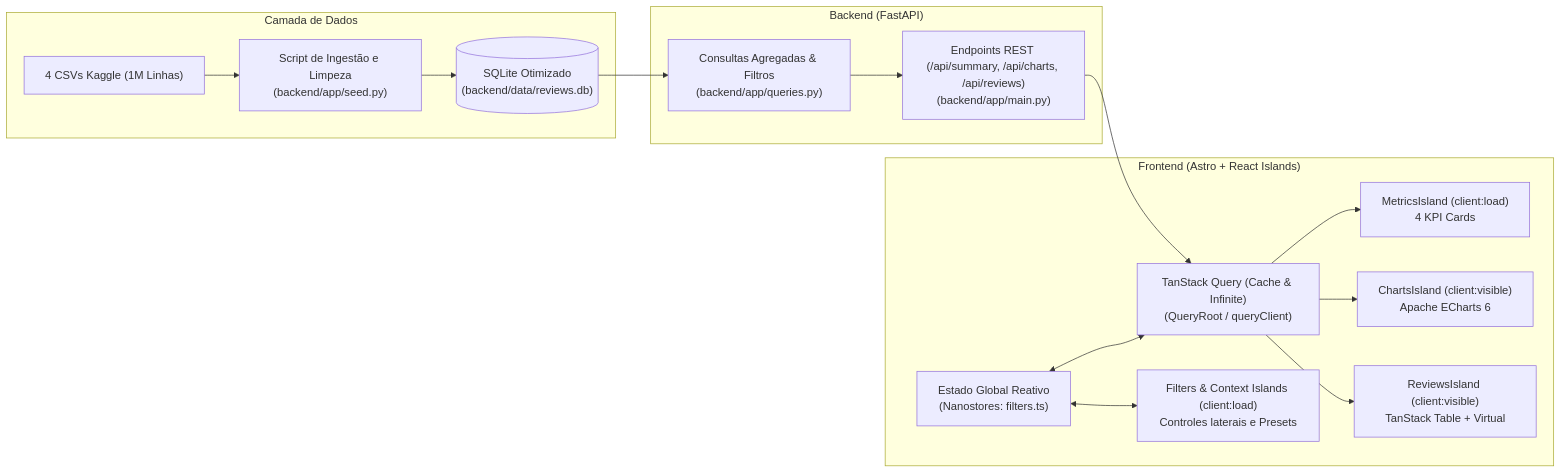
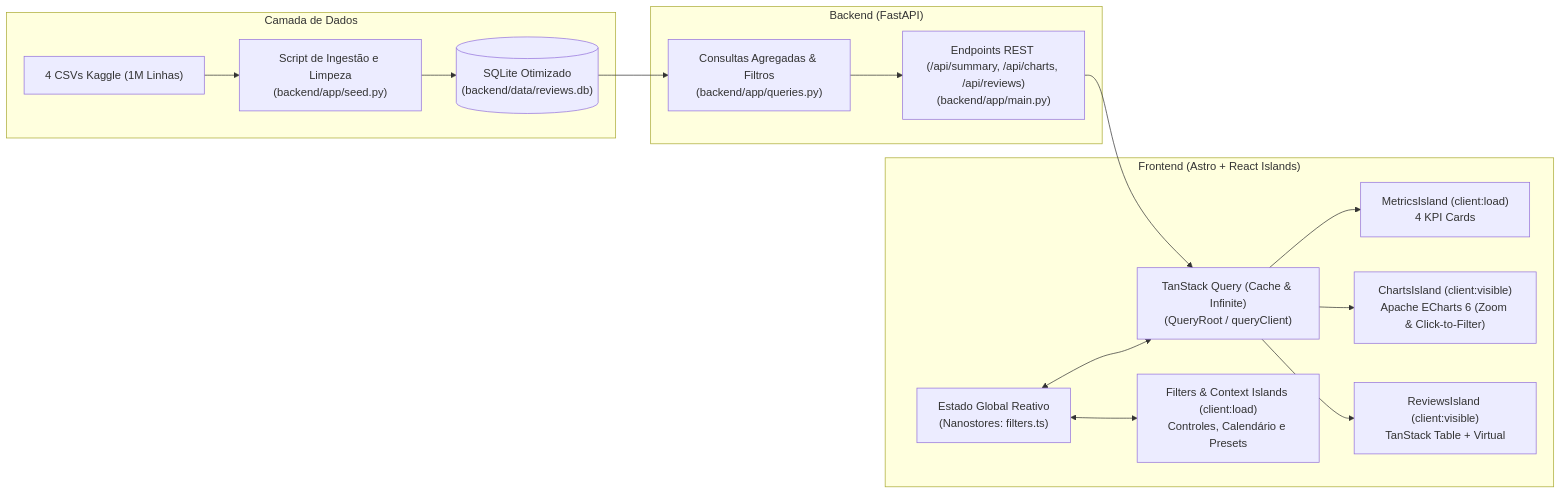
The first of 4 diagrams in README.md (EmersonPalatti/game-review-dashboard), drawn with Mermaid before and after one commit. The commit also changed other lines of this file, not shown here.

````diff
--- a/README.md
+++ b/README.md
@@ -57,21 +59,21 @@
 ```mermaid
 flowchart LR
     subgraph Dados ["Camada de Dados"]
         CSV["4 CSVs Kaggle (1M Linhas)"] --> SEED["Script de Ingestão e Limpeza\n(backend/app/seed.py)"]
         SEED --> SQLITE[("SQLite Otimizado\n(backend/data/reviews.db)")]
     end
 
     subgraph Backend ["Backend (FastAPI)"]
         SQLITE --> REPO["Consultas Agregadas & Filtros\n(backend/app/queries.py)"]
         REPO --> API["Endpoints REST (/api/summary, /api/charts, /api/reviews)\n(backend/app/main.py)"]
     end
 
     subgraph Frontend ["Frontend (Astro + React Islands)"]
         API --> QUERY["TanStack Query (Cache & Infinite)\n(QueryRoot / queryClient)"]
         STORE["Estado Global Reativo\n(Nanostores: filters.ts)"] <--> QUERY
-        STORE <--> FILTERS["Filters & Context Islands (client:load)\nControles laterais e Presets"]
+        STORE <--> FILTERS["Filters & Context Islands (client:load)\nControles, Calendário e Presets"]
         QUERY --> KPIS["MetricsIsland (client:load)\n4 KPI Cards"]
-        QUERY --> CHARTS["ChartsIsland (client:visible)\nApache ECharts 6"]
+        QUERY --> CHARTS["ChartsIsland (client:visible)\nApache ECharts 6 (Zoom & Click-to-Filter)"]
         QUERY --> TABLE["ReviewsIsland (client:visible)\nTanStack Table + Virtual"]
     end
 ```
````
